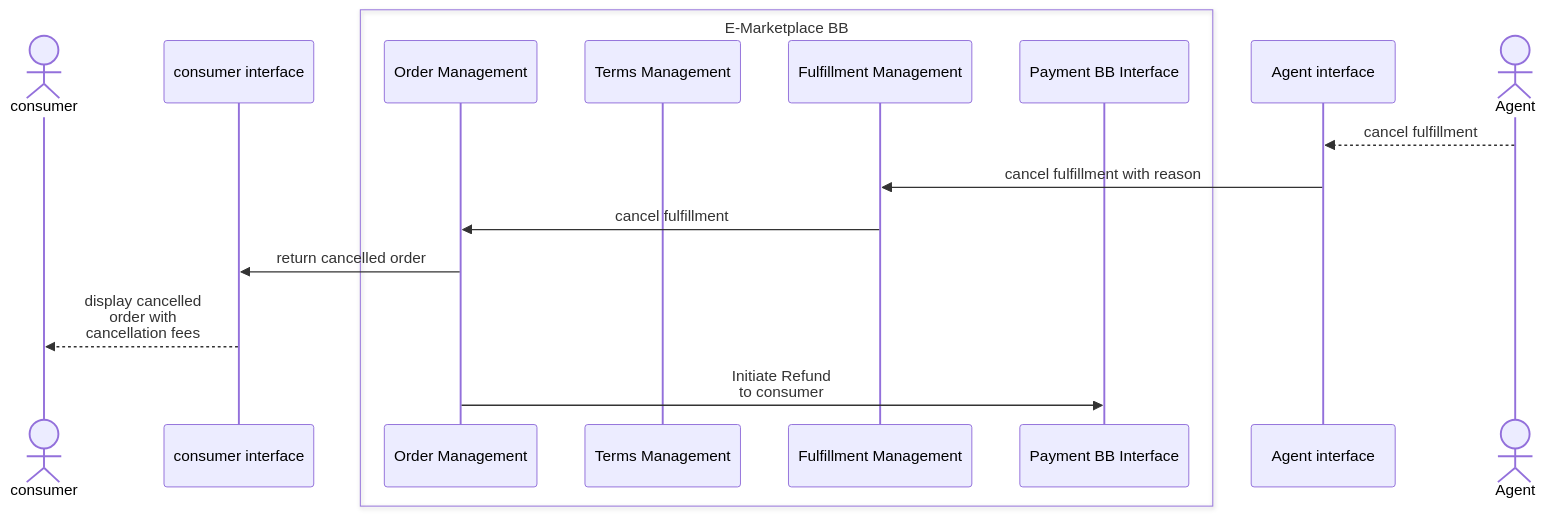
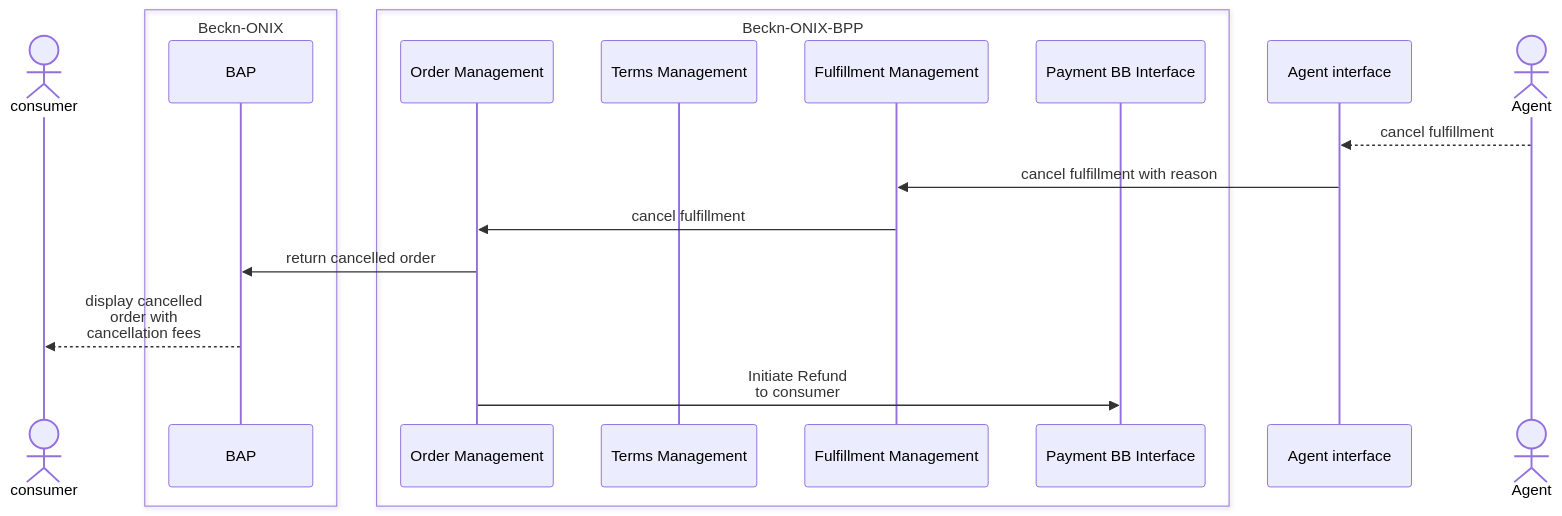
One commit to rajaneeshk90/gitbook-exp changed diagram 14 of 17 in README.md. Above: the diagram before and after it, drawn with Mermaid. The commit also changed other lines of this file, not shown here.

Commit message:
GITBOOK-7: Updated sequence diagram for all APIs

````diff
--- a/README.md
+++ b/README.md
@@ -357,20 +388,21 @@
 ```mermaid
 sequenceDiagram
     Actor consumer
-    participant consumer interface
-    box E-Marketplace BB
+    box Beckn-ONIX
+    participant BAP
+    end
+    box Beckn-ONIX-BPP
     participant Order Management
     participant Terms Management
     participant Fulfillment Management
     participant Payment BB Interface
     end
     participant Agent interface
     Actor Agent
     Agent-->>Agent interface: cancel fulfillment
     Agent interface->>Fulfillment Management:cancel fulfillment with reason
     Fulfillment Management->>Order Management:cancel fulfillment
-    Order Management->>consumer interface: return cancelled order
-    consumer interface-->>consumer: display cancelled <br/> order with <br/> cancellation fees
+    Order Management->>BAP: return cancelled order
+    BAP-->>consumer: display cancelled <br/> order with <br/> cancellation fees
     Order Management->>Payment BB Interface: Initiate Refund <br/> to consumer
-
 ```
````
